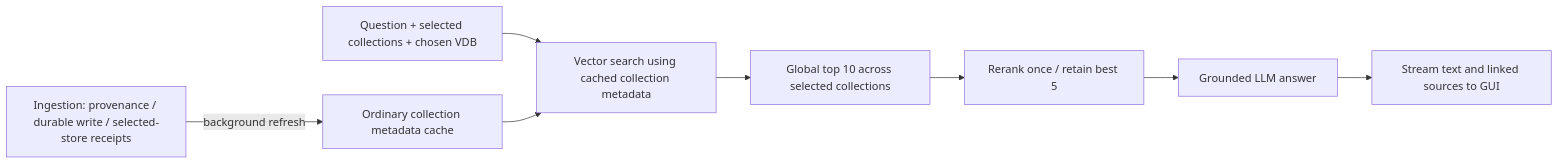
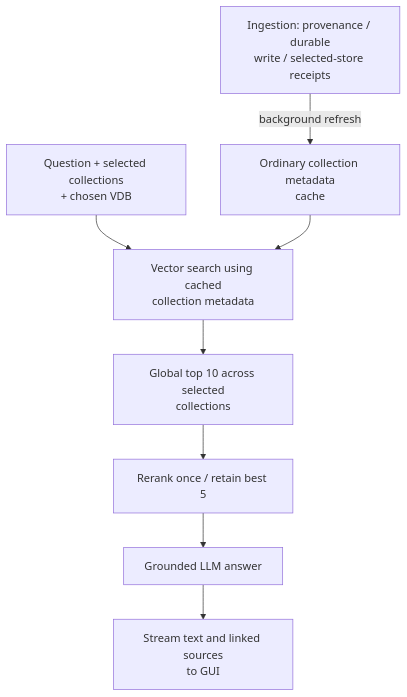
Before and after one commit to joncoons/runai-rag-agentic: the diagram in diagrams/simple-search-flow.mmd, drawn with Mermaid. The commit also changed 16 other files, not shown here.

Commit message:
Fix diagram label clipping with native SVG previews

```diff
--- a/diagrams/simple-search-flow.mmd
+++ b/diagrams/simple-search-flow.mmd
@@ -1,8 +1,8 @@
-flowchart LR
-    INGEST[Ingestion: provenance / durable write / selected-store receipts] -->|background refresh| META[Ordinary collection metadata cache]
-    USER[Question + selected collections + chosen VDB] --> SEARCH[Vector search using cached collection metadata]
+flowchart TD
+    INGEST["Ingestion: provenance / durable<br/>write / selected-store receipts"] -->|background refresh| META["Ordinary collection metadata<br/>cache"]
+    USER["Question + selected collections<br/>+ chosen VDB"] --> SEARCH["Vector search using cached<br/>collection metadata"]
     META --> SEARCH
-    SEARCH --> GLOBAL[Global top 10 across selected collections]
-    GLOBAL --> RERANK[Rerank once / retain best 5]
-    RERANK --> LLM[Grounded LLM answer]
-    LLM --> STREAM[Stream text and linked sources to GUI]
+    SEARCH --> GLOBAL["Global top 10 across selected<br/>collections"]
+    GLOBAL --> RERANK["Rerank once / retain best 5"]
+    RERANK --> LLM["Grounded LLM answer"]
+    LLM --> STREAM["Stream text and linked sources<br/>to GUI"]
```
